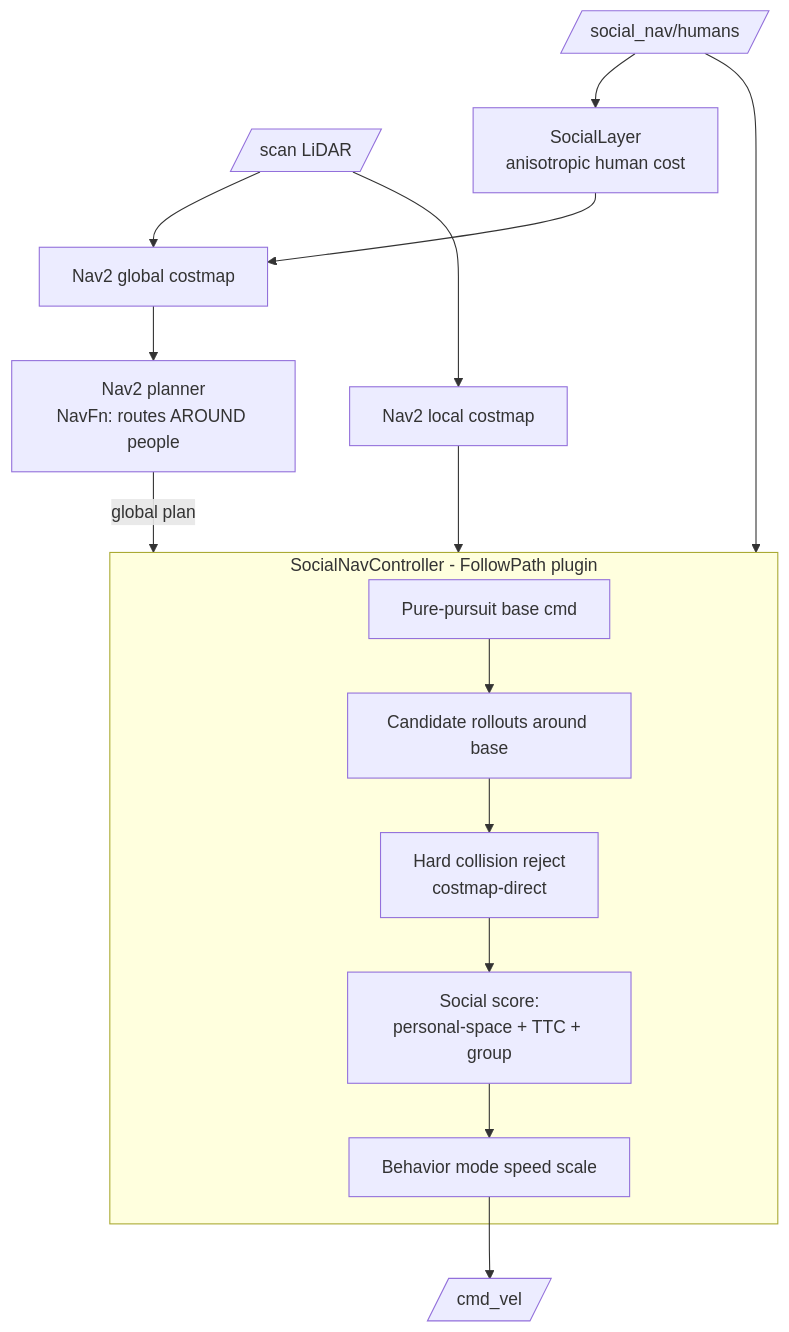
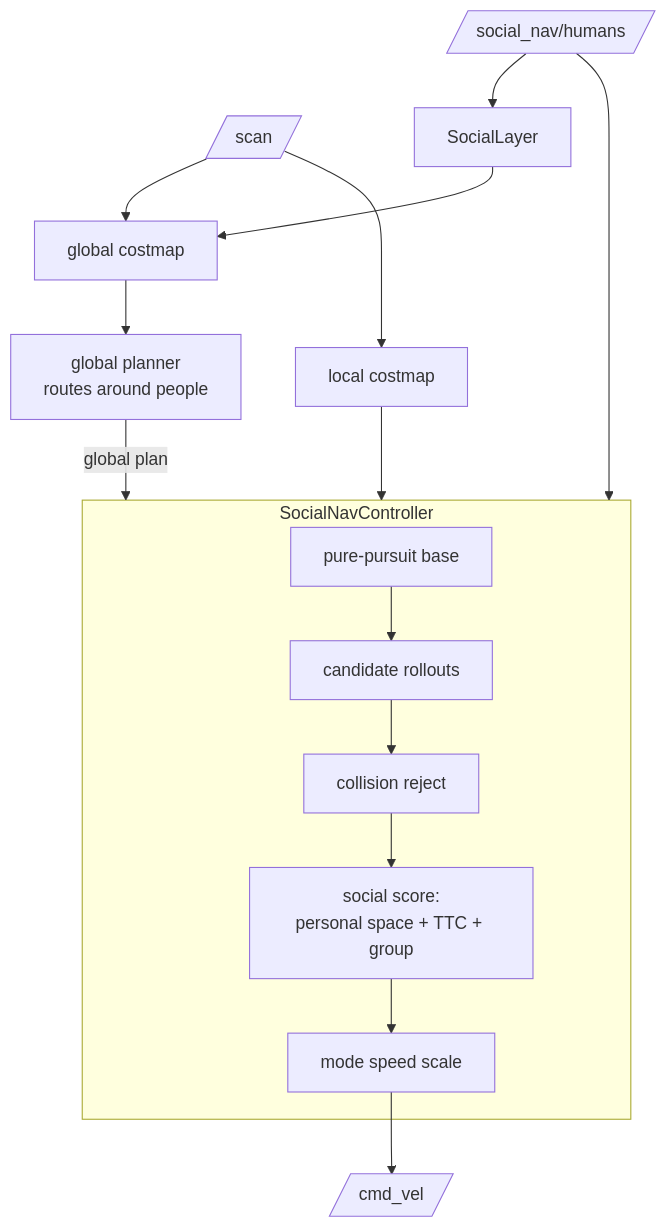
The diagram in docs/architecture.md (Sandytall/social_nav_planner), drawn with Mermaid before and after one commit. The commit also changed other lines of this file and 70 other files, not shown here.

````diff
--- a/docs/architecture.md
+++ b/docs/architecture.md
@@ -9,18 +6,18 @@
 ```mermaid
 flowchart TD
-    scan[/scan LiDAR/] --> gcm[Nav2 global costmap]
-    scan --> lcm[Nav2 local costmap]
-    humans[/social_nav/humans/] --> social[SocialLayer<br/>anisotropic human cost]
+    scan[/scan/] --> gcm[global costmap]
+    scan --> lcm[local costmap]
+    humans[/social_nav/humans/] --> social[SocialLayer]
     social --> gcm
-    gcm --> planner[Nav2 planner<br/>NavFn: routes AROUND people]
+    gcm --> planner[global planner<br/>routes around people]
     planner -->|global plan| ctrl
     humans --> ctrl
-    lcm --> ctrl[SocialNavController FollowPath]
-    subgraph ctrl[SocialNavController - FollowPath plugin]
-      pp[Pure-pursuit base cmd] --> cand[Candidate rollouts around base]
-      cand --> reject[Hard collision reject<br/>costmap-direct]
-      reject --> score[Social score:<br/>personal-space + TTC + group]
-      score --> mode[Behavior mode speed scale]
+    lcm --> ctrl[SocialNavController]
+    subgraph ctrl[SocialNavController]
+      pp[pure-pursuit base] --> cand[candidate rollouts]
+      cand --> reject[collision reject]
+      reject --> score[social score:<br/>personal space + TTC + group]
+      score --> mode[mode speed scale]
     end
     mode --> cmd[/cmd_vel/]
 ```
````
